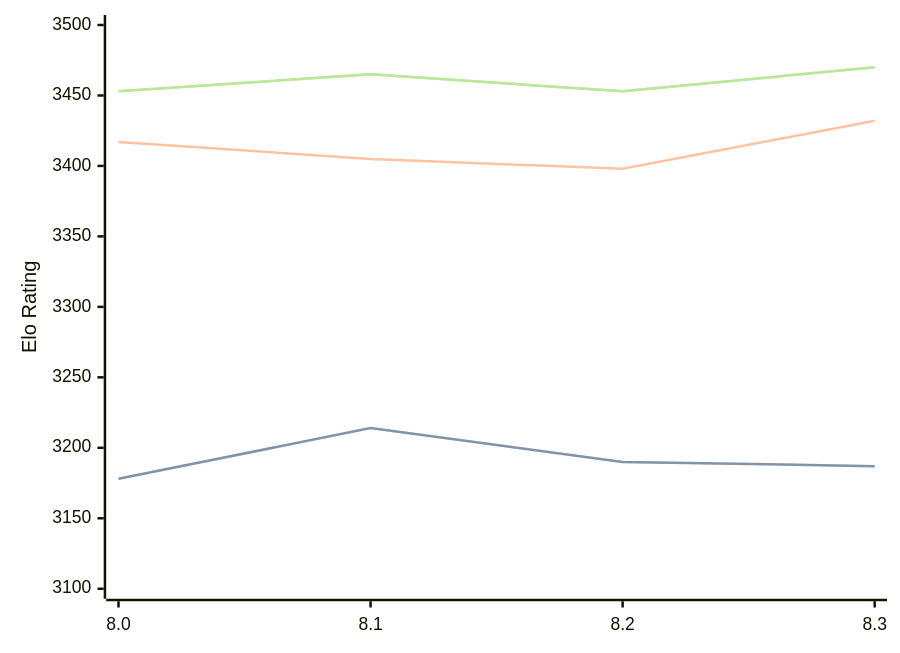
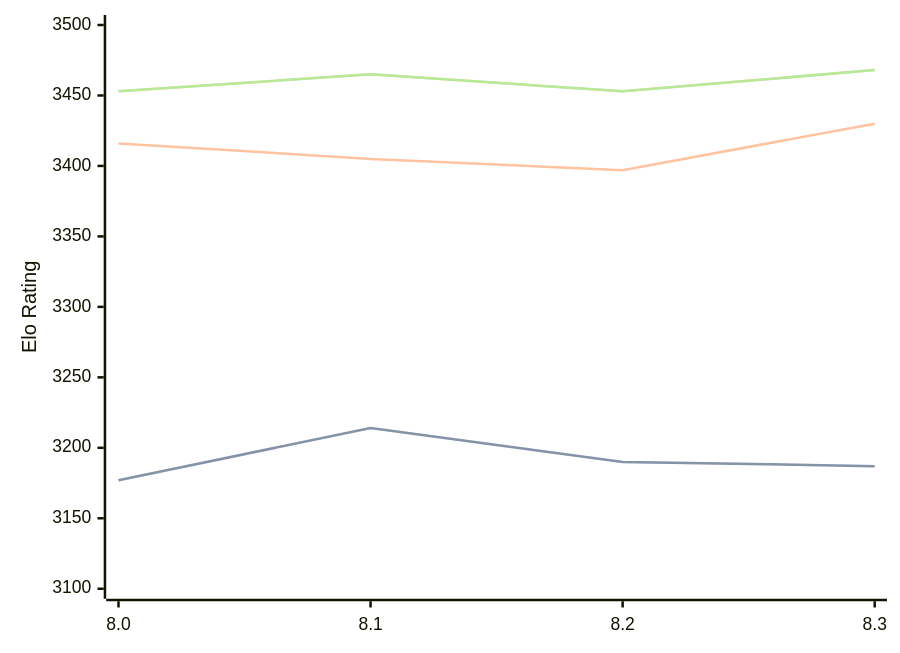
One commit to computer-chess-index/cci changed the diagram in engines/Alexander.md. Above: the diagram before and after it, drawn with Mermaid. The commit also changed other lines of this file, not shown here.

Commit message:
Update CCI Ratings (ELO VLTC) - 2026-04-21

````diff
--- a/engines/Alexander.md
+++ b/engines/Alexander.md
@@ -48,11 +48,11 @@
 ```mermaid
 %%{init: {"theme":"base","themeVariables":{"seriesColors:['#a3a3a3','#222221','#faa371']}}}%%
 xychart-beta
   x-axis ["8.0", "8.1", "8.2", "8.3"]
   y-axis "Elo Rating" 3100 --> 3500
-  line "STC (8.0+0.08s)" [3178, 3214, 3190, 3187]
-  line "STC (8.0+0.08s)" [3178, 3214, 3190, 3187]
-  line "LTC (60.0+0.60s)" [3417, 3405, 3398, 3432]
-  line "VLTC (2m24s+1.12s)" [3453, 3465, 3453, 3470]
-  line "VLTC (2m24s+1.12s)" [3453, 3465, 3453, 3470]
+  line "STC (8.0+0.08s)" [3177, 3214, 3190, 3187]
+  line "STC (8.0+0.08s)" [3177, 3214, 3190, 3187]
+  line "LTC (60.0+0.60s)" [3416, 3405, 3397, 3430]
+  line "VLTC (2m24s+1.12s)" [3453, 3465, 3453, 3468]
+  line "VLTC (2m24s+1.12s)" [3453, 3465, 3453, 3468]
 ```
````
